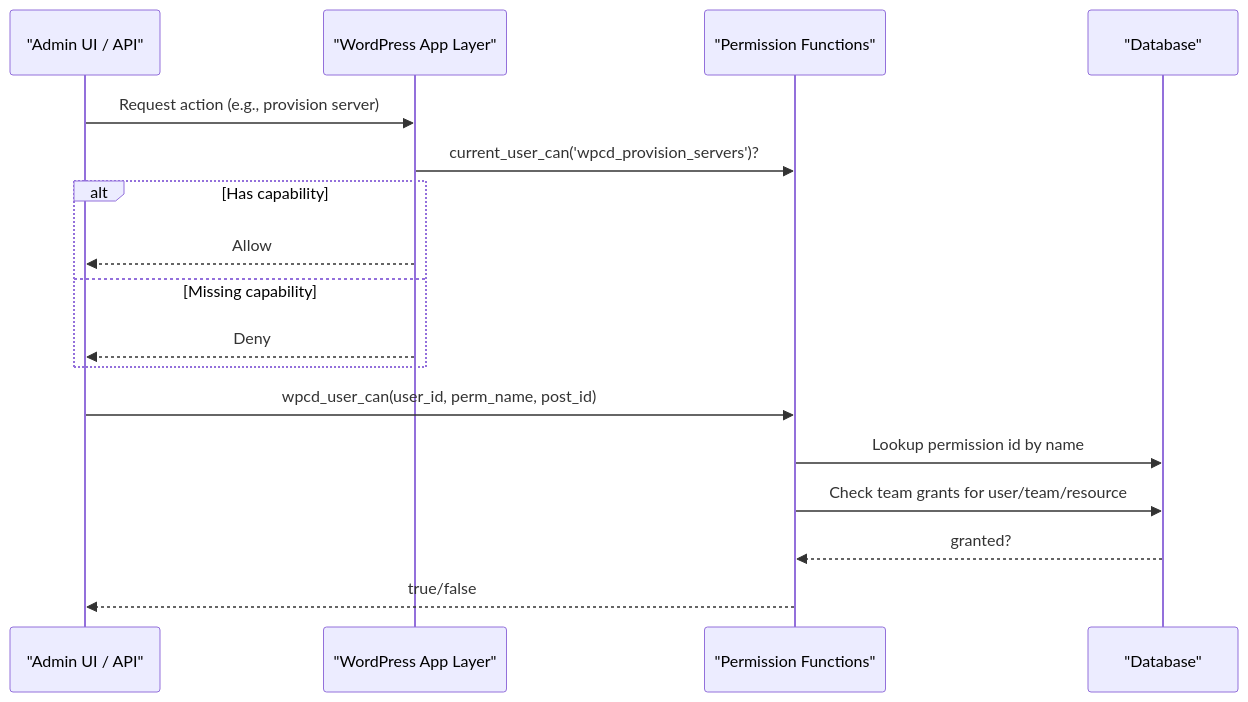
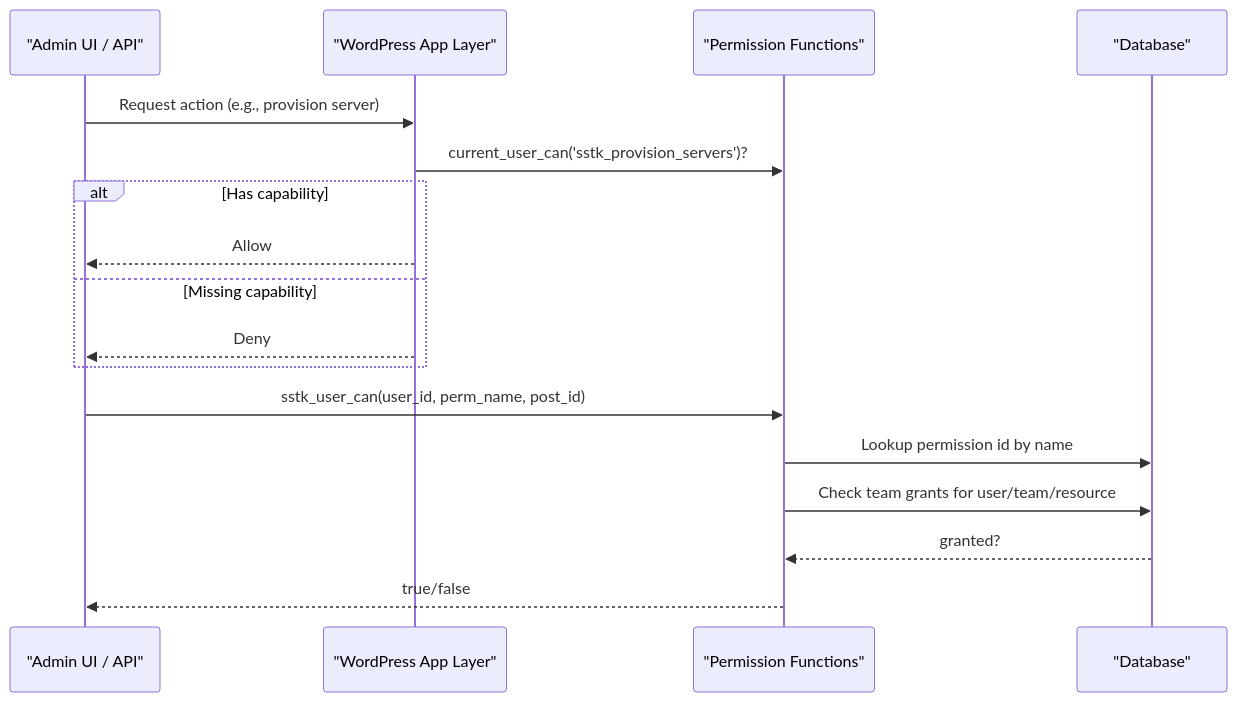
The second of 8 diagrams in .qoder/repowiki/en/content/Security & Authentication/Authorization Controls.md (onedogsolutions/simple-stack), drawn with Mermaid before and after one commit. The commit also changed other lines of this file and 5941 other files, not shown here.

````diff
--- a/.qoder/repowiki/en/content/Security & Authentication/Authorization Controls.md
+++ b/.qoder/repowiki/en/content/Security & Authentication/Authorization Controls.md
@@ -105,19 +105,19 @@
 ```mermaid
 sequenceDiagram
 participant UI as "Admin UI / API"
 participant APP as "WordPress App Layer"
 participant FN as "Permission Functions"
 participant DB as "Database"
 UI->>APP : Request action (e.g., provision server)
-APP->>FN : current_user_can('wpcd_provision_servers')?
+APP->>FN : current_user_can('sstk_provision_servers')?
 alt Has capability
 APP-->>UI : Allow
 else Missing capability
 APP-->>UI : Deny
 end
-UI->>FN : wpcd_user_can(user_id, perm_name, post_id)
+UI->>FN : sstk_user_can(user_id, perm_name, post_id)
 FN->>DB : Lookup permission id by name
 FN->>DB : Check team grants for user/team/resource
 DB-->>FN : granted?
 FN-->>UI : true/false
 ```
````
